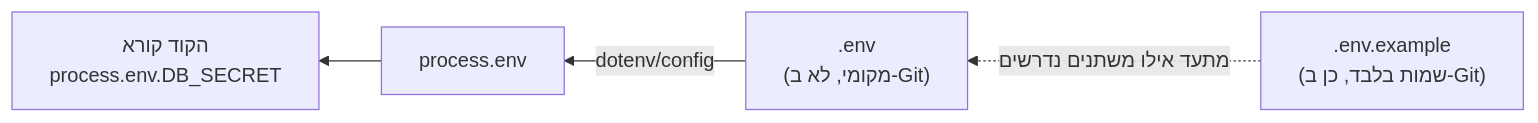
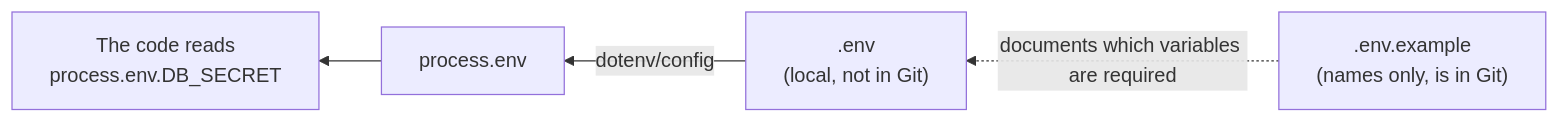
The diagram in content/docs/server/36-dotenv-env-vars-content.md (neriyaMalachi/FullStack_kodkode_5), drawn with Mermaid before and after one commit. The commit also changed other lines of this file and 117 other files, not shown here.

````diff
--- a/content/docs/server/36-dotenv-env-vars-content.md
+++ b/content/docs/server/36-dotenv-env-vars-content.md
@@ -56,9 +56,9 @@
 ```mermaid
 flowchart RL
     Env[".env
-    (מקומי, לא ב-Git)"] -->|"dotenv/config"| PE["process.env"]
-    PE --> Code["הקוד קורא
+    (local, not in Git)"] -->|"dotenv/config"| PE["process.env"]
+    PE --> Code["The code reads
     process.env.DB_SECRET"]
     Example[".env.example
-    (שמות בלבד, כן ב-Git)"] -.מתעד אילו משתנים נדרשים.-> Env
+    (names only, is in Git)"] -.documents which variables are required.-> Env
 ```
````
